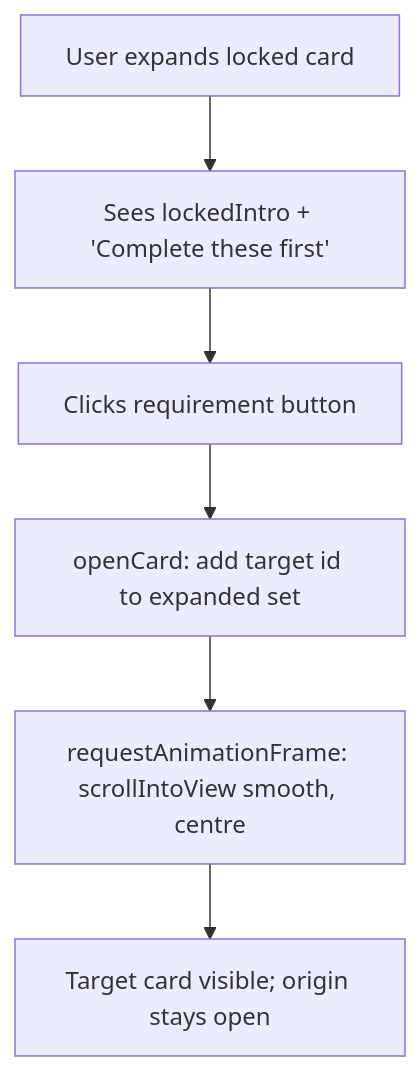
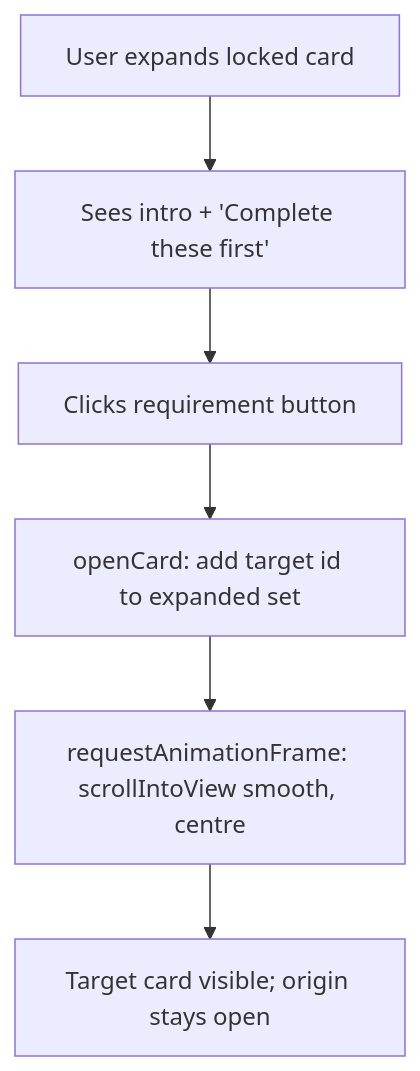
Before and after one commit to ZenMe-AU/ZenbloxCore: the seventh of 9 diagrams in zeninstallerPvt/ui/UI_UX.md, drawn with Mermaid. The commit also changed other lines of this file and 37 other files, not shown here.

````diff
--- a/zeninstallerPvt/ui/UI_UX.md
+++ b/zeninstallerPvt/ui/UI_UX.md
@@ -273,8 +274,8 @@
 ```mermaid
 flowchart TD
-  A[User expands locked card] --> B[Sees lockedIntro + 'Complete these first']
+  A[User expands locked card] --> B[Sees intro + 'Complete these first']
   B --> C[Clicks requirement button]
   C --> D[openCard: add target id to expanded set]
   D --> E[requestAnimationFrame: scrollIntoView smooth, centre]
   E --> F[Target card visible; origin stays open]
 ```
````
